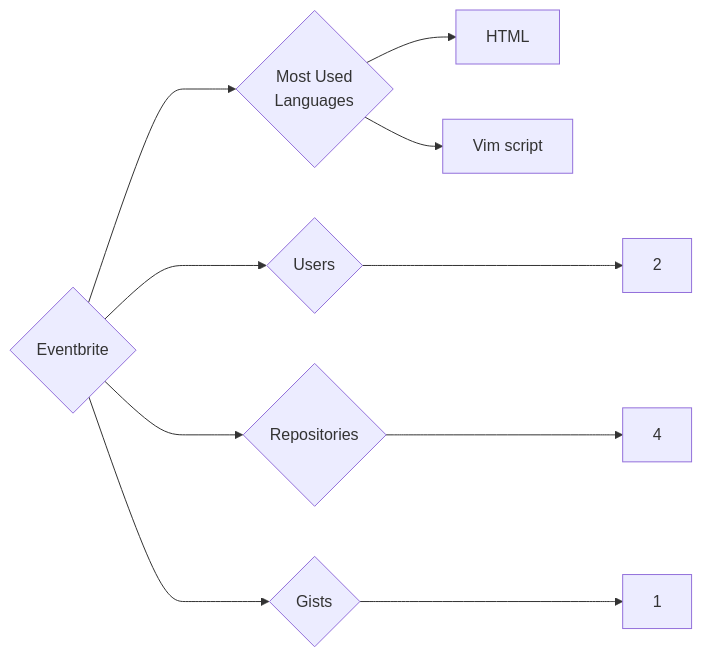
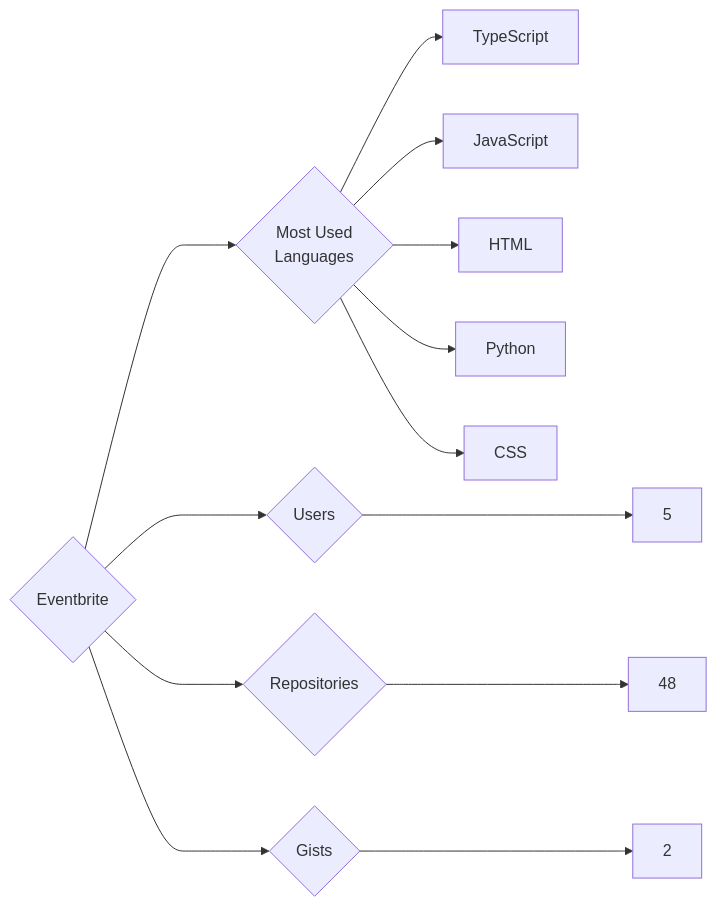
One commit to trickest/insiders changed the diagram in targets/Eventbrite/README.md. Above: the diagram before and after it, drawn with Mermaid. The commit also changed 927 other files, not shown here.

````diff
--- a/targets/Eventbrite/README.md
+++ b/targets/Eventbrite/README.md
@@ -3,10 +3,13 @@
 ```mermaid
 graph LR
 COMPANY_NAME{Eventbrite}
-COMPANY_NAME ---> U{Users} ---> UN[2]
-COMPANY_NAME ---> R{Repositories} ---> RN[4]
-COMPANY_NAME ---> G{Gists} ---> GN[1]
+COMPANY_NAME ---> U{Users} ---> UN[5]
+COMPANY_NAME ---> R{Repositories} ---> RN[48]
+COMPANY_NAME ---> G{Gists} ---> GN[2]
 COMPANY_NAME ---> ML{Most Used<br>Languages}
+ML --> TypeScript[TypeScript]
+ML --> JavaScript[JavaScript]
 ML --> HTML[HTML]
-ML --> Vim_script[Vim script]
+ML --> Python[Python]
+ML --> CSS[CSS]
 ```
````
